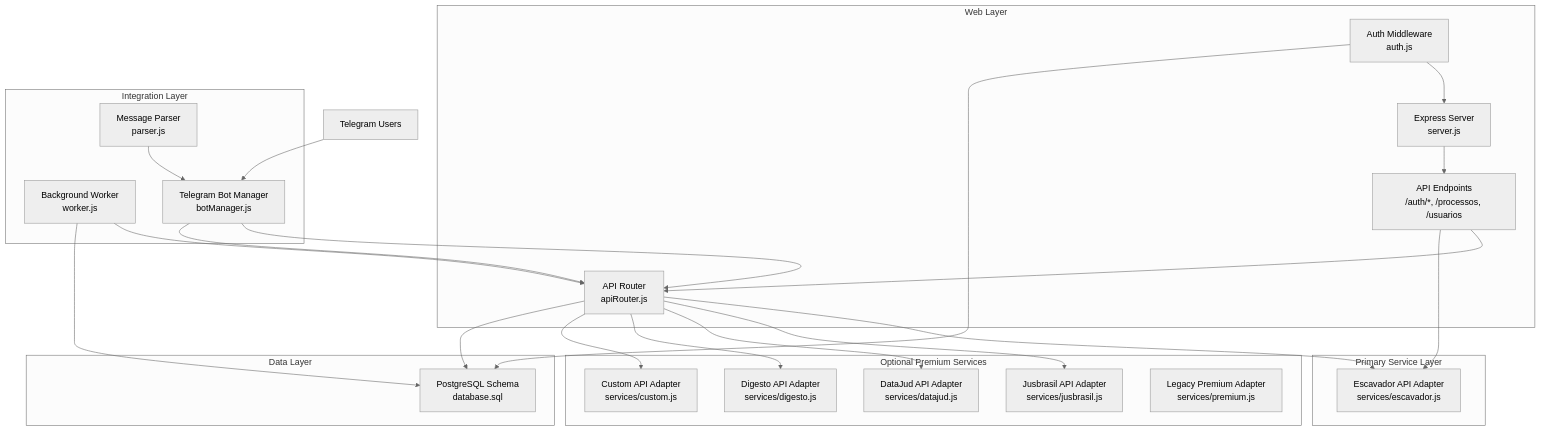
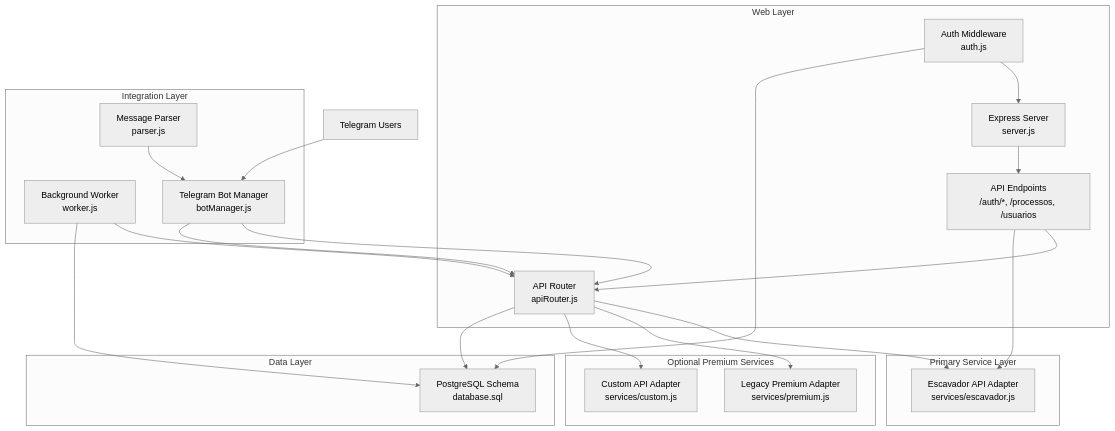
The first of 12 diagrams in .qoder/repowiki/en/content/API Integration Layer/API Integration Layer.md (Alexandrexicara/bot-processos), drawn with Mermaid (neutral theme) before and after one commit. The commit also changed other lines of this file and 6 other files, not shown here.

````diff
--- a/.qoder/repowiki/en/content/API Integration Layer/API Integration Layer.md
+++ b/.qoder/repowiki/en/content/API Integration Layer/API Integration Layer.md
@@ -58,44 +55,39 @@
 ```mermaid
 graph TB
 subgraph "Web Layer"
 API["API Router<br/>apiRouter.js"]
 AUTH["Auth Middleware<br/>auth.js"]
 SERVER["Express Server<br/>server.js"]
 ENDPOINT["API Endpoints<br/>/auth/*, /processos, /usuarios"]
 ENDPOINT --> API
 AUTH --> SERVER
 SERVER --> ENDPOINT
 end
 subgraph "Primary Service Layer"
 ESCAVADOR["Escavador API Adapter<br/>services/escavador.js"]
 end
 subgraph "Optional Premium Services"
-JUSBRASIL["Jusbrasil API Adapter<br/>services/jusbrasil.js"]
-DATAJUD["DataJud API Adapter<br/>services/datajud.js"]
-DIGESTO["Digesto API Adapter<br/>services/digesto.js"]
+PREMIUM["Legacy Premium Adapter<br/>services/premium.js"]
 CUSTOM["Custom API Adapter<br/>services/custom.js"]
-PREMIUM["Legacy Premium Adapter<br/>services/premium.js"]
 end
 subgraph "Integration Layer"
 WORKER["Background Worker<br/>worker.js"]
 BOT["Telegram Bot Manager<br/>botManager.js"]
 PARSER["Message Parser<br/>parser.js"]
 ENDPOINT --> ESCAVADOR
 API --> ESCAVADOR
-API --> JUSBRASIL
-API --> DATAJUD
-API --> DIGESTO
+API --> PREMIUM
 API --> CUSTOM
 WORKER --> API
 BOT --> API
 PARSER --> BOT
 end
 subgraph "Data Layer"
 DB["PostgreSQL Schema<br/>database.sql"]
 end
 CLIENT["Telegram Users"] --> BOT
 BOT --> API
 API --> DB
 AUTH --> DB
 WORKER --> DB
 ```
````
